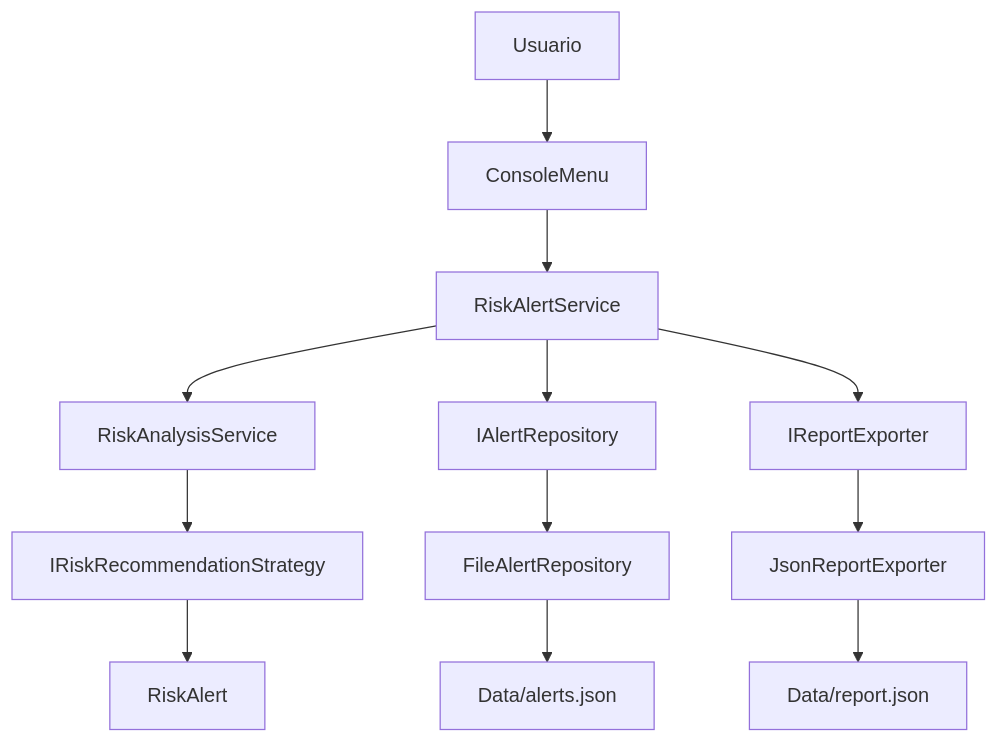
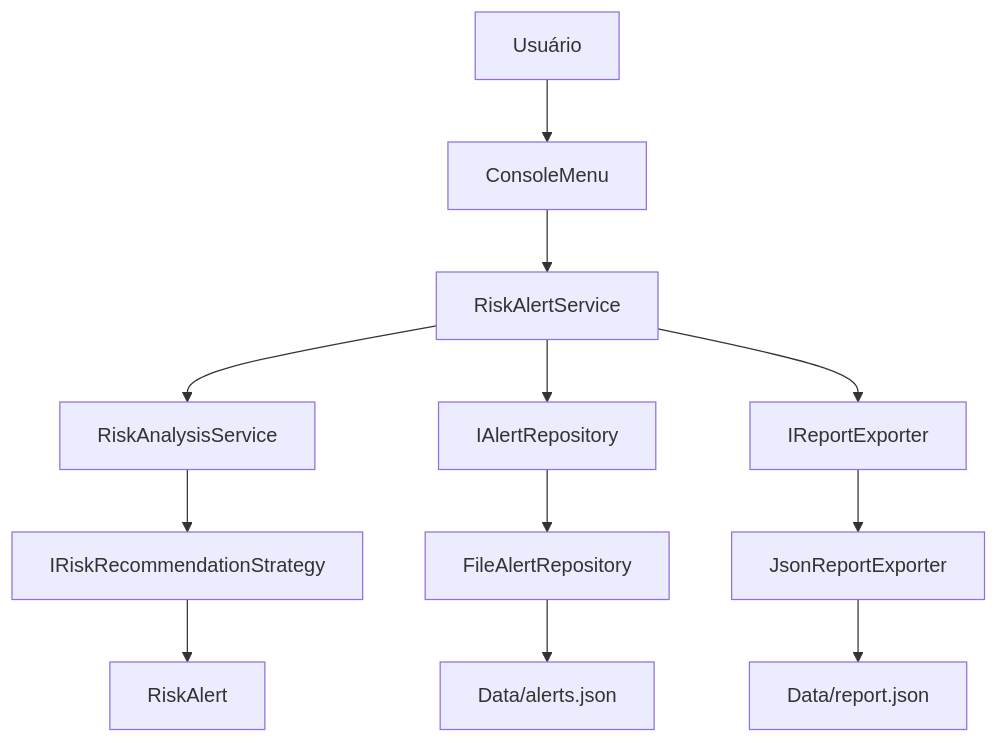
One commit to CezarBacanieski/DefenseShield changed the diagram in README.md. Above: the diagram before and after it, drawn with Mermaid. The commit also changed other lines of this file and 19 other files, not shown here.

````diff
--- a/README.md
+++ b/README.md
@@ -120,16 +133,16 @@
 ```mermaid
 flowchart TD
-    User[Usuario] --> Menu[ConsoleMenu]
+    User[Usuário] --> Menu[ConsoleMenu]
     Menu --> Service[RiskAlertService]
     Service --> Analysis[RiskAnalysisService]
     Analysis --> Strategy[IRiskRecommendationStrategy]
     Strategy --> Alert[RiskAlert]
 
     Service --> RepositoryContract[IAlertRepository]
     RepositoryContract --> FileRepository[FileAlertRepository]
     FileRepository --> AlertsJson[Data/alerts.json]
 
     Service --> ExporterContract[IReportExporter]
     ExporterContract --> JsonExporter[JsonReportExporter]
     JsonExporter --> ReportJson[Data/report.json]
 ```
````
